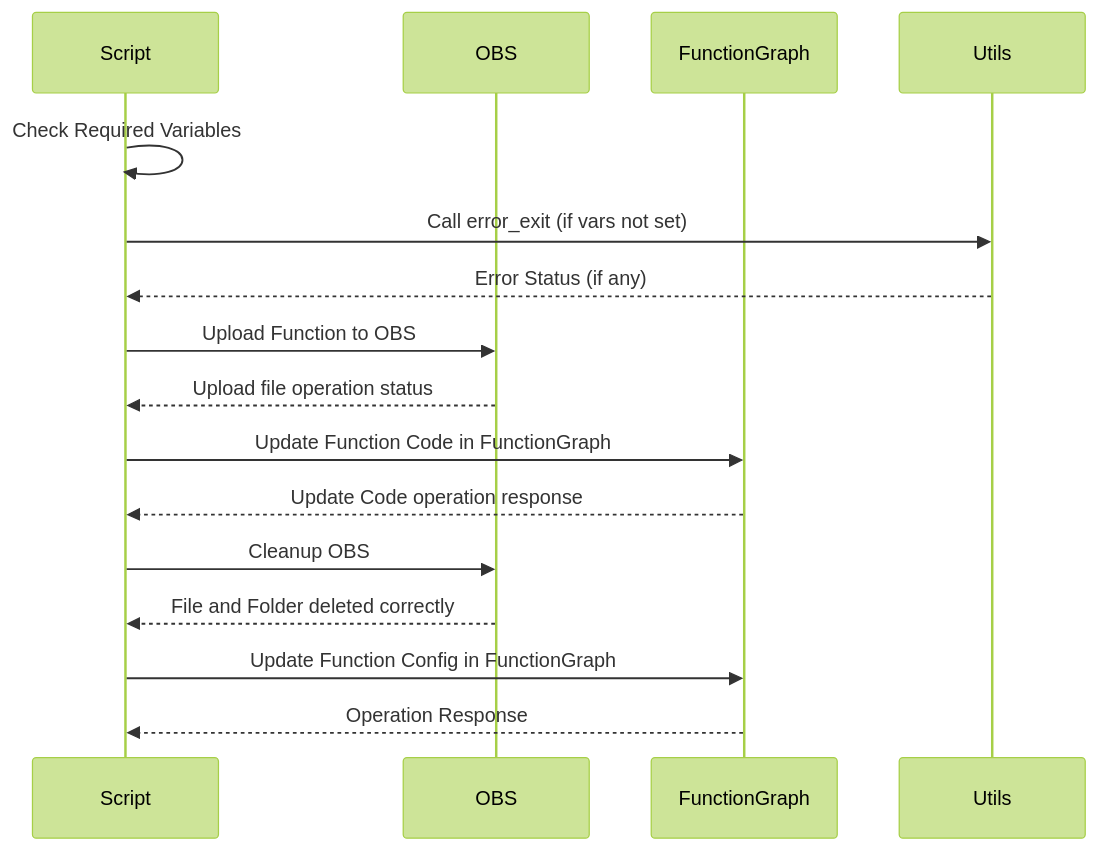
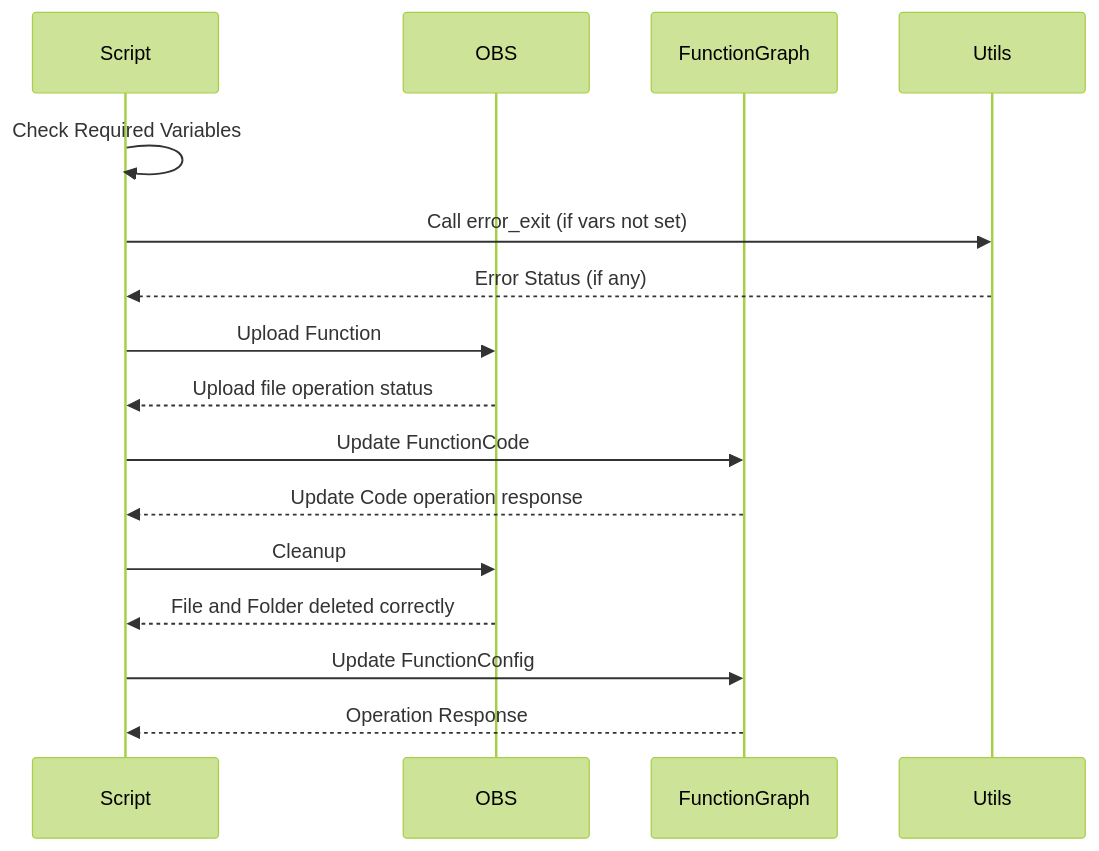
One commit to Buronn/huaweicloud-update-functiongraph-script changed the diagram in README.MD. Above: the diagram before and after it, drawn with Mermaid (forest theme).

````diff
--- a/README.MD
+++ b/README.MD
@@ -8,19 +8,19 @@
 ```mermaid
 sequenceDiagram
     participant Script
     participant OBS
     participant FunctionGraph
     participant Utils
 
     Script->>Script: Check Required Variables
     Script->>Utils: Call error_exit (if vars not set)
     Utils-->>Script: Error Status (if any)
-    Script->>OBS: Upload Function to OBS
+    Script->>OBS: Upload Function
     OBS-->>Script: Upload file operation status
-    Script->>FunctionGraph: Update Function Code in FunctionGraph
+    Script->>FunctionGraph: Update FunctionCode
     FunctionGraph-->>Script: Update Code operation response
-    Script->>OBS: Cleanup OBS
+    Script->>OBS: Cleanup
     OBS-->>Script: File and Folder deleted correctly
-    Script->>FunctionGraph: Update Function Config in FunctionGraph
+    Script->>FunctionGraph: Update FunctionConfig
     FunctionGraph-->>Script: Operation Response
 ```
````
